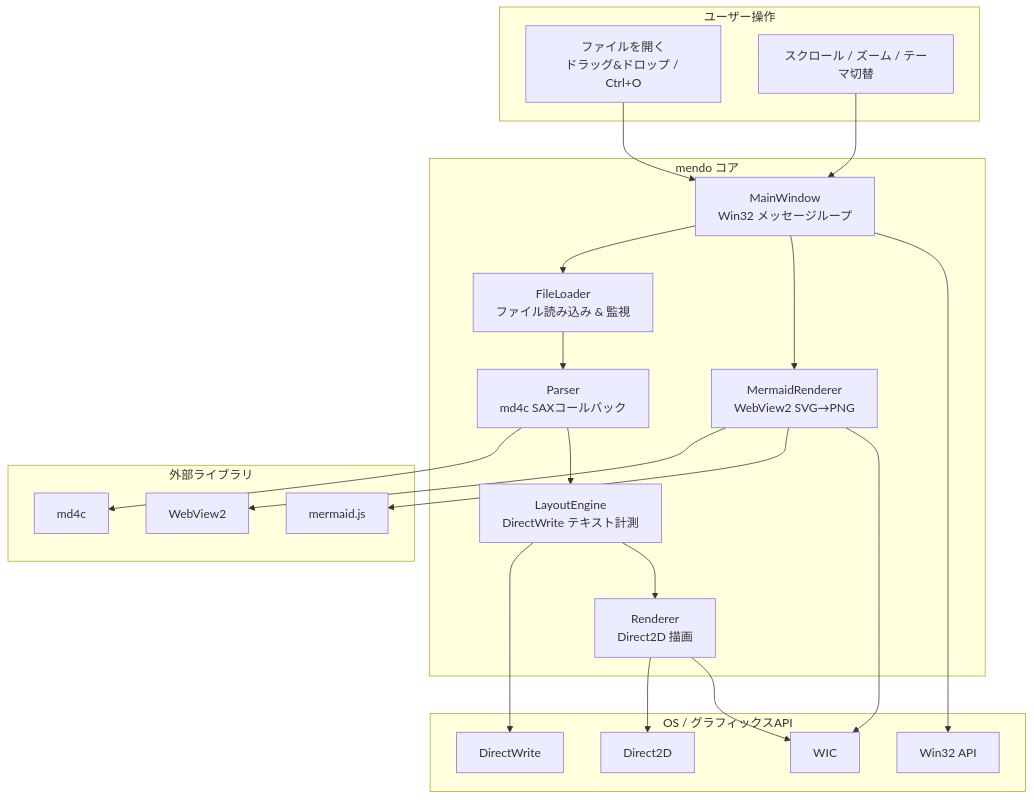
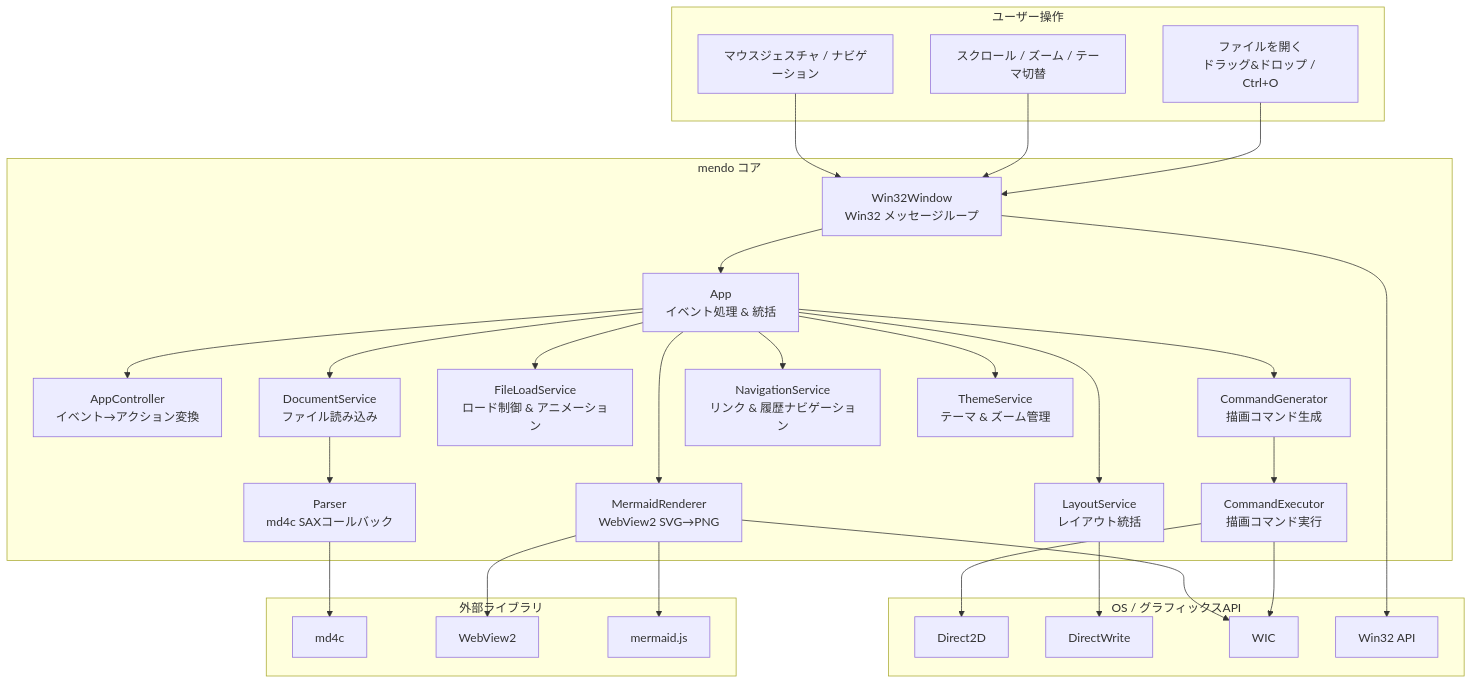
One commit to tanaton/mendo changed the first of 27 diagrams in test.md. Above: the diagram before and after it, drawn with Mermaid. The commit also changed other lines of this file, not shown here.

````diff
--- a/test.md
+++ b/test.md
@@ -40,45 +40,59 @@
 ```mermaid
 graph TB
     subgraph ユーザー操作
         A[ファイルを開く<br>ドラッグ&ドロップ / Ctrl+O]
         B[スクロール / ズーム / テーマ切替]
+        C_NAV[マウスジェスチャ / ナビゲーション]
     end
 
     subgraph mendo コア
-        C[MainWindow<br>Win32 メッセージループ]
-        D[FileLoader<br>ファイル読み込み & 監視]
-        E[Parser<br>md4c SAXコールバック]
-        F[LayoutEngine<br>DirectWrite テキスト計測]
-        G[Renderer<br>Direct2D 描画]
-        H[MermaidRenderer<br>WebView2 SVG→PNG]
+        W[Win32Window<br>Win32 メッセージループ]
+        APP[App<br>イベント処理 & 統括]
+        AC[AppController<br>イベント→アクション変換]
+        DS[DocumentService<br>ファイル読み込み]
+        FLS[FileLoadService<br>ロード制御 & アニメーション]
+        P[Parser<br>md4c SAXコールバック]
+        LS[LayoutService<br>レイアウト統括]
+        CG[CommandGenerator<br>描画コマンド生成]
+        CE[CommandExecutor<br>描画コマンド実行]
+        MR[MermaidRenderer<br>WebView2 SVG→PNG]
+        NS[NavigationService<br>リンク & 履歴ナビゲーション]
+        TS[ThemeService<br>テーマ & ズーム管理]
     end
 
     subgraph 外部ライブラリ
         I[md4c]
         J[WebView2]
         K[mermaid.js]
     end
 
     subgraph OS / グラフィックスAPI
         L[Direct2D]
         M[DirectWrite]
         N[WIC]
         O[Win32 API]
     end
 
-    A --> C
-    B --> C
-    C --> D
-    D --> E
-    E --> I
-    E --> F
-    F --> M
-    F --> G
-    G --> L
-    G --> N
-    C --> H
-    H --> J
-    H --> K
-    H --> N
-    C --> O
+    A --> W
+    B --> W
+    C_NAV --> W
+    W --> APP
+    APP --> AC
+    APP --> DS
+    APP --> FLS
+    DS --> P
+    P --> I
+    APP --> LS
+    LS --> M
+    APP --> CG
+    CG --> CE
+    CE --> L
+    CE --> N
+    APP --> MR
+    MR --> J
+    MR --> K
+    MR --> N
+    APP --> NS
+    APP --> TS
+    W --> O
 ```
````
